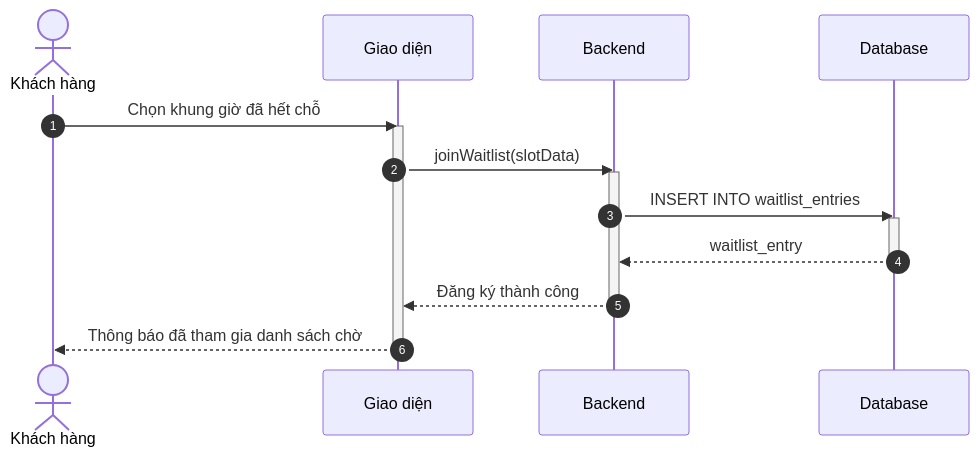
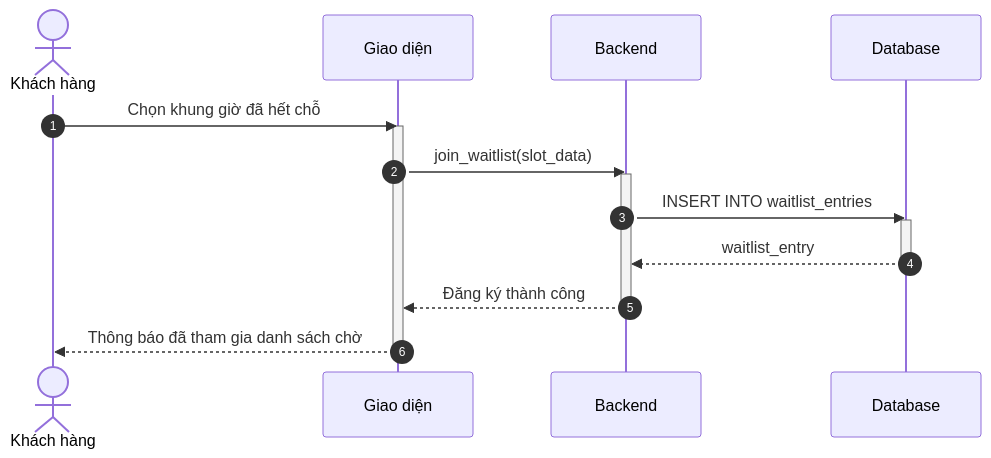
One commit to ngoctinn/Synapse changed the fifth of 10 diagrams in docs/design/sequences/customer_flows.md. Above: the diagram before and after it, drawn with Mermaid. The commit also changed other lines of this file and 4 other files, not shown here.

Commit message:
docs: Add activity and sequence diagrams for authentication, customer, receptionist, and technician flows.

````diff
--- a/docs/design/sequences/customer_flows.md
+++ b/docs/design/sequences/customer_flows.md
@@ -162,24 +162,24 @@
 ```mermaid
 sequenceDiagram
     autonumber
     actor KH as Khách hàng
     participant UI as Giao diện
     participant BE as Backend
     participant DB as Database
 
     KH->>UI: Chọn khung giờ đã hết chỗ
     activate UI
-    UI->>BE: joinWaitlist(slotData)
+    UI->>BE: join_waitlist(slot_data)
     activate BE
 
     BE->>DB: INSERT INTO waitlist_entries
     activate DB
     DB-->>BE: waitlist_entry
     deactivate DB
 
     BE-->>UI: Đăng ký thành công
     deactivate BE
 
     UI-->>KH: Thông báo đã tham gia danh sách chờ
     deactivate UI
 ```
````
